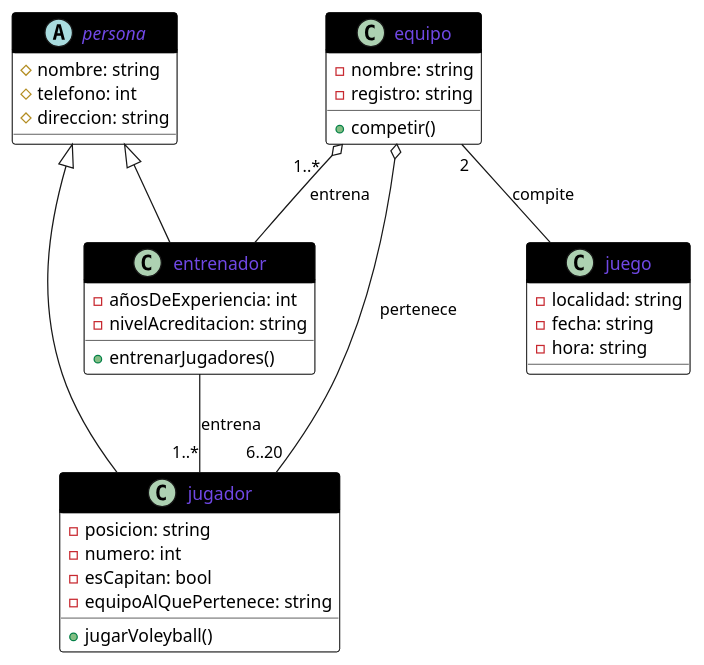
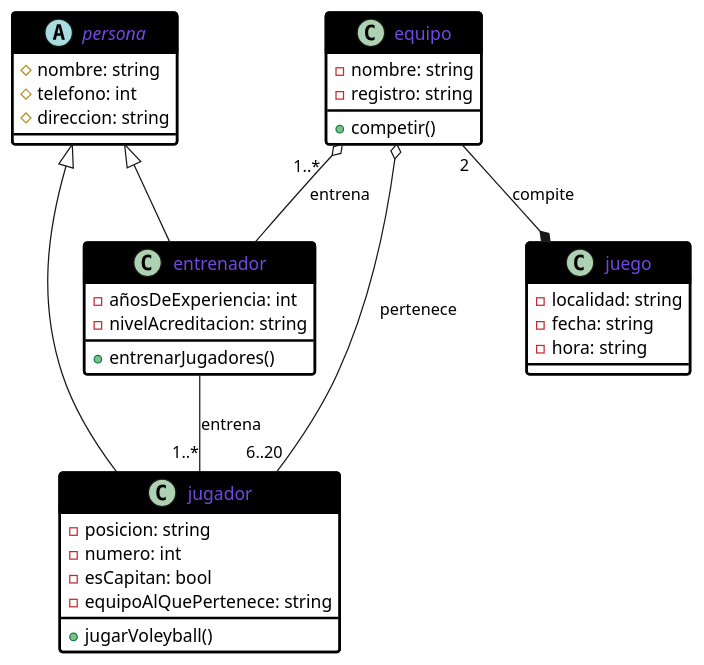
The diagram in docs/diagrams/ejercicio-F-diagramaDeClase.plantuml (jhonnyzvla14/IS-022024), drawn with PlantUML before and after one commit. The commit also changed 4 other files, not shown here.

Commit message:
Cambios esteticos diagramas Reto-04 Cambio a relacion de composicion entre equipo y juego

```diff
--- a/docs/diagrams/ejercicio-F-diagramaDeClase.plantuml
+++ b/docs/diagrams/ejercicio-F-diagramaDeClase.plantuml
@@ -1,47 +1,48 @@
-@startuml juegoVoleyball 
+@startuml clasesJuegoVoleyball 
 
 skinparam ClassBorderColor black
+skinparam ClassBorderThickness 2
 skinparam ClassFontColor 7048E5
 skinparam ClassBackgroundColor white
 skinparam ClassHeaderBackgroundColor black
 
 abstract class persona{
   #nombre: string
   #telefono: int
   #direccion: string
 }
 class jugador{
   -posicion: string
   -numero: int
   -esCapitan: bool
   -equipoAlQuePertenece: string
   +jugarVoleyball()
 } 
 class entrenador{
   -añosDeExperiencia: int
   -nivelAcreditacion: string
   +entrenarJugadores()
 }
 class equipo{
   -nombre: string
   -registro: string
   +competir()
 }
 class juego{
   -localidad: string
   -fecha: string
   -hora: string
 }
  
 
 equipo o-- "6..20" jugador: pertenece
 equipo "1..*   " o-- entrenador: entrena
-equipo "2" --  juego: compite
+equipo "2" --*  juego: compite
 
 entrenador -- "1..*" jugador: entrena
 
 persona <|-- jugador 
 persona <|-- entrenador 
 
 
 @enduml
```
